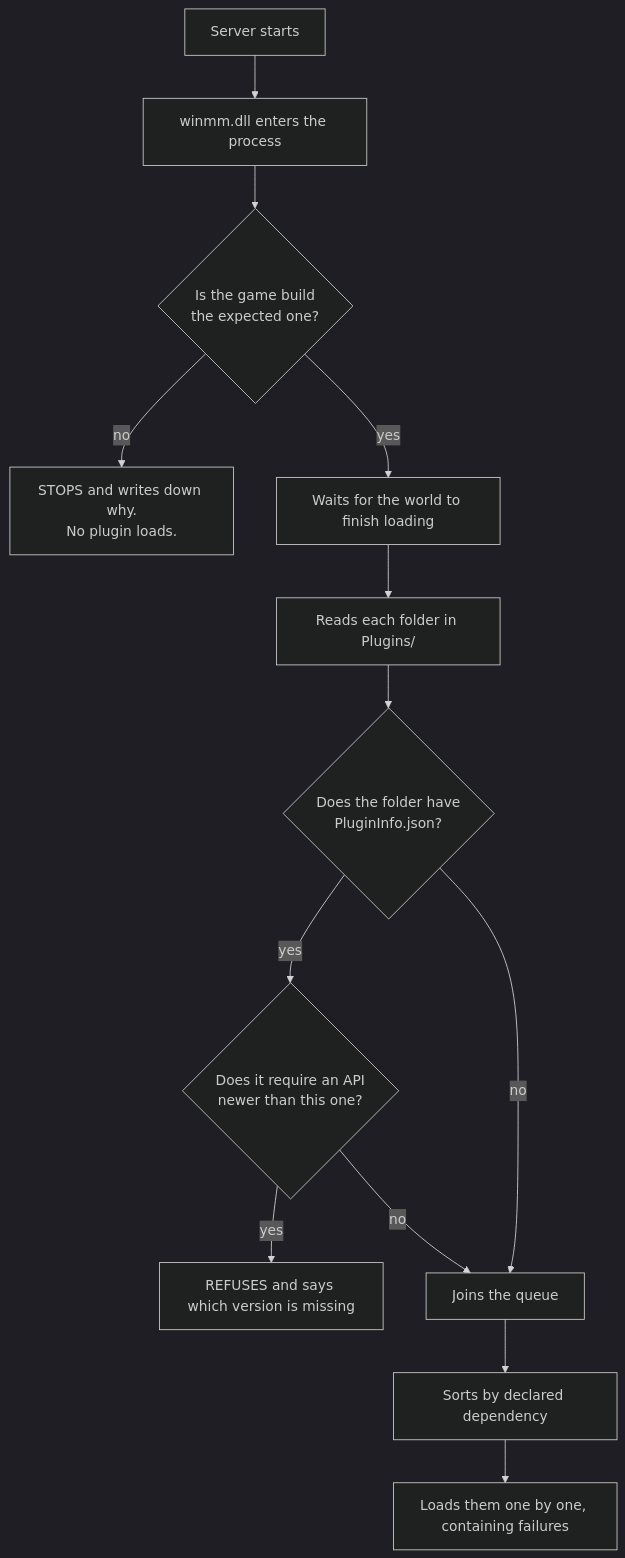
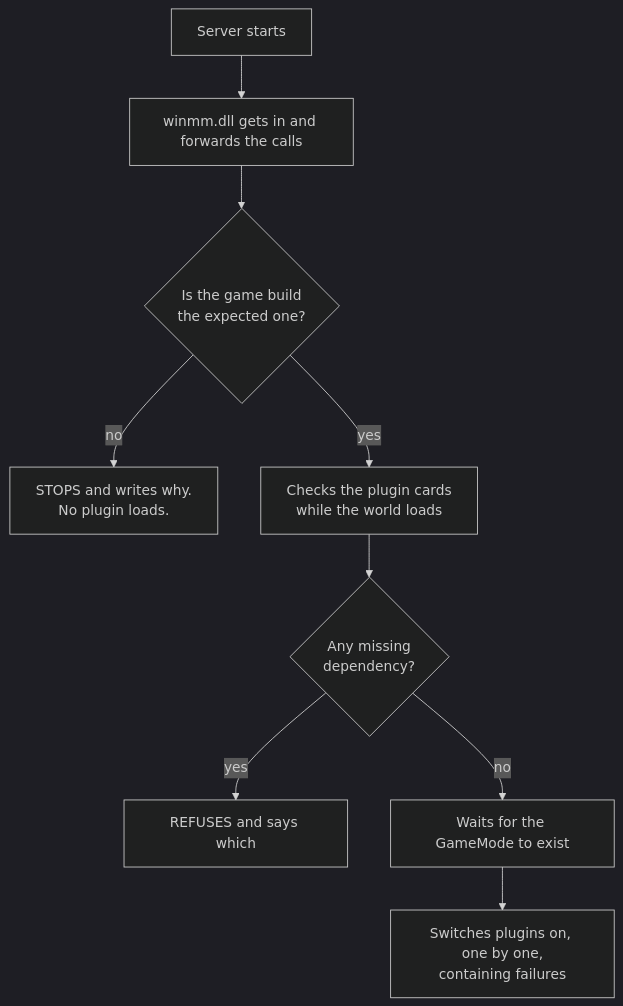
The diagram in doc/README.en.md (andrew-mauricio/Conan-Api), drawn with Mermaid (dark theme) before and after one commit. The commit also changed other lines of this file, not shown here.

````diff
--- a/doc/README.en.md
+++ b/doc/README.en.md
@@ -102,15 +149,11 @@
 ```mermaid
 flowchart TD
-    A[Server starts] --> B[winmm.dll enters the process]
+    A[Server starts] --> B[winmm.dll gets in and forwards the calls]
     B --> C{Is the game build<br/>the expected one?}
-    C -->|no| D[STOPS and writes down why.<br/>No plugin loads.]
-    C -->|yes| E[Waits for the world to finish loading]
-    E --> F[Reads each folder in Plugins/]
-    F --> G{Does the folder have<br/>PluginInfo.json?}
-    G -->|yes| H{Does it require an API<br/>newer than this one?}
-    H -->|yes| I[REFUSES and says which version is missing]
-    H -->|no| J[Joins the queue]
-    G -->|no| J
-    J --> K[Sorts by declared dependency]
-    K --> L[Loads them one by one, containing failures]
+    C -->|no| D[STOPS and writes why.<br/>No plugin loads.]
+    C -->|yes| E[Checks the plugin cards<br/>while the world loads]
+    E --> F{Any missing<br/>dependency?}
+    F -->|yes| G[REFUSES and says which]
+    F -->|no| H[Waits for the GameMode to exist]
+    H --> I[Switches plugins on, one by one,<br/>containing failures]
 ```
````
